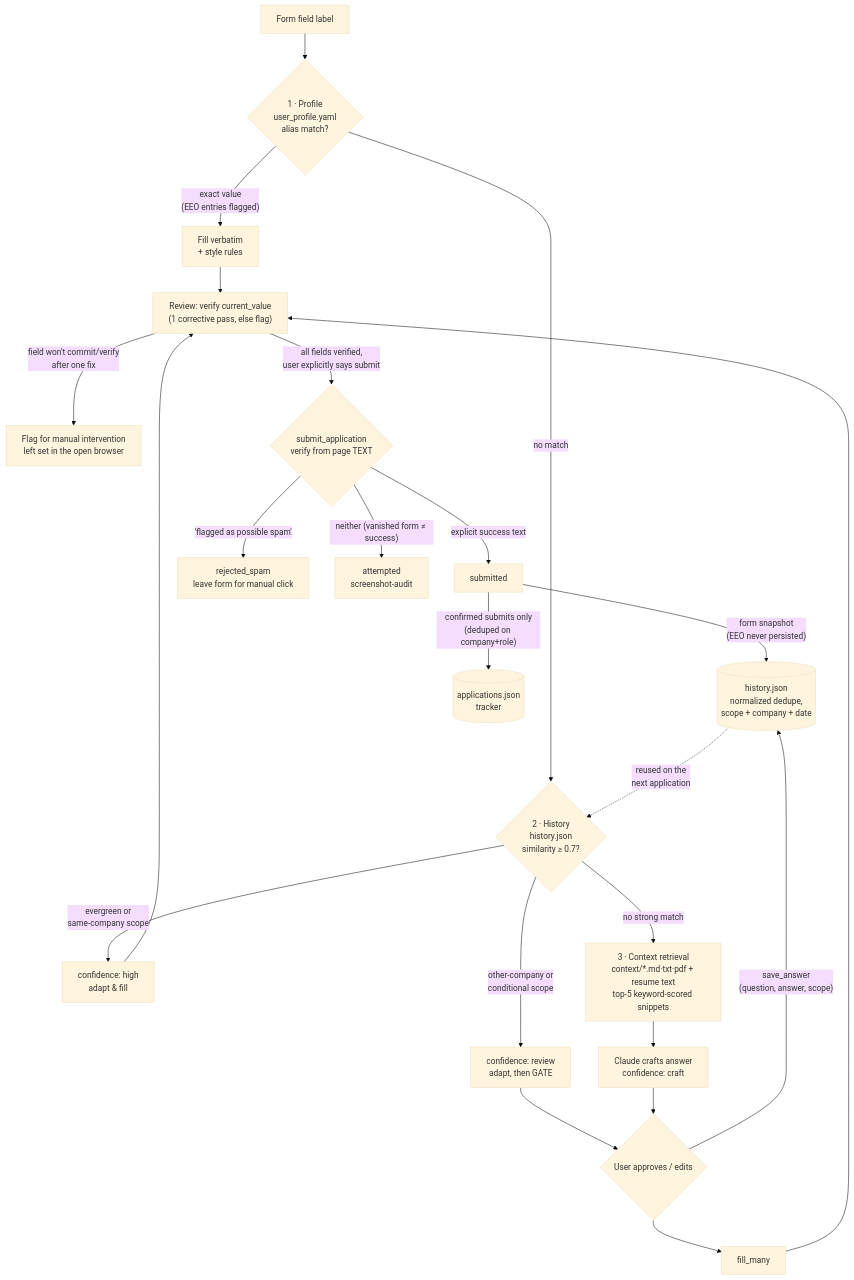
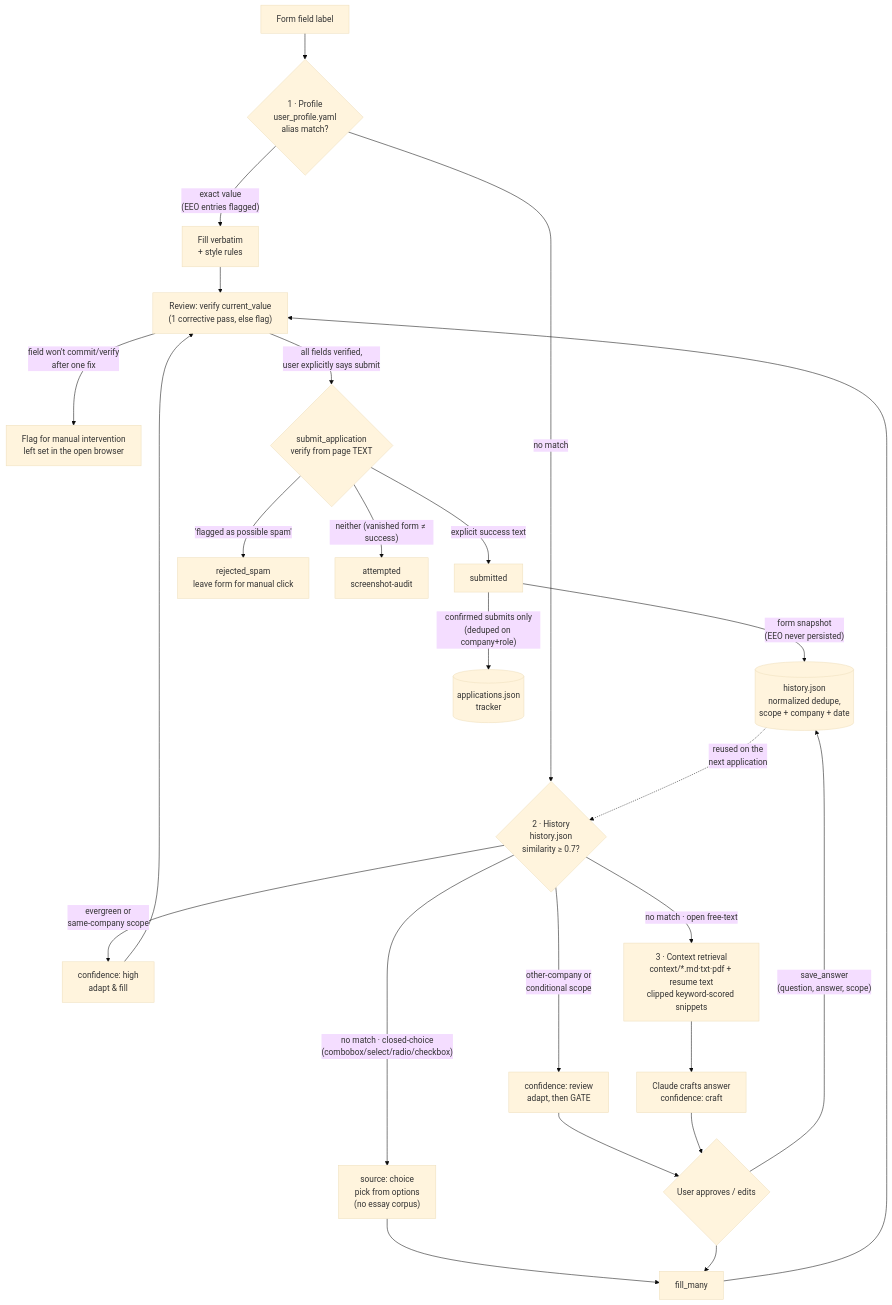
One commit to sbhaskaran0/job-applier changed the second of 3 diagrams in README.md. Above: the diagram before and after it, drawn with Mermaid (base theme). The commit also changed 4 other files, not shown here.

````diff
--- a/README.md
+++ b/README.md
@@ -84,31 +84,33 @@
 ```mermaid
 flowchart TD
     F["Form field label"] --> P{"1 · Profile<br/>user_profile.yaml<br/>alias match?"}
 
     P -- "exact value<br/>(EEO entries flagged)" --> PV["Fill verbatim<br/>+ style rules"]
     P -- "no match" --> H{"2 · History<br/>history.json<br/>similarity ≥ 0.7?"}
 
     H -- "evergreen or<br/>same-company scope" --> HH["confidence: high<br/>adapt & fill"]
     H -- "other-company or<br/>conditional scope" --> HR["confidence: review<br/>adapt, then GATE"]
-    H -- "no strong match" --> C["3 · Context retrieval<br/>context/*.md·txt·pdf + resume text<br/>top-5 keyword-scored snippets"]
+    H -- "no match · closed-choice<br/>(combobox/select/radio/checkbox)" --> CH["source: choice<br/>pick from options<br/>(no essay corpus)"]
+    H -- "no match · open free-text" --> C["3 · Context retrieval<br/>context/*.md·txt·pdf + resume text<br/>clipped keyword-scored snippets"]
 
+    CH --> FM
     C --> CR["Claude crafts answer<br/>confidence: craft"]
     HR --> U{"User approves / edits"}
     CR --> U
     U --> FM["fill_many"]
     U -- "save_answer<br/>(question, answer, scope)" --> HIST
 
     PV --> REV["Review: verify current_value<br/>(1 corrective pass, else flag)"]
     HH --> REV
     FM --> REV
 
     REV -- "field won't commit/verify<br/>after one fix" --> RF["Flag for manual intervention<br/>left set in the open browser"]
     REV -- "all fields verified,<br/>user explicitly says submit" --> S{"submit_application<br/>verify from page TEXT"}
     S -- "explicit success text" --> SS["submitted"]
     S -- "'flagged as possible spam'" --> SR["rejected_spam<br/>leave form for manual click"]
     S -- "neither (vanished form ≠ success)" --> SA["attempted<br/>screenshot-audit"]
     SS -- "form snapshot<br/>(EEO never persisted)" --> HIST[("history.json<br/>normalized dedupe,<br/>scope + company + date")]
     SS -- "confirmed submits only<br/>(deduped on company+role)" --> APPS[("applications.json<br/>tracker")]
 
     HIST -. "reused on the<br/>next application" .-> H
 ```
````
